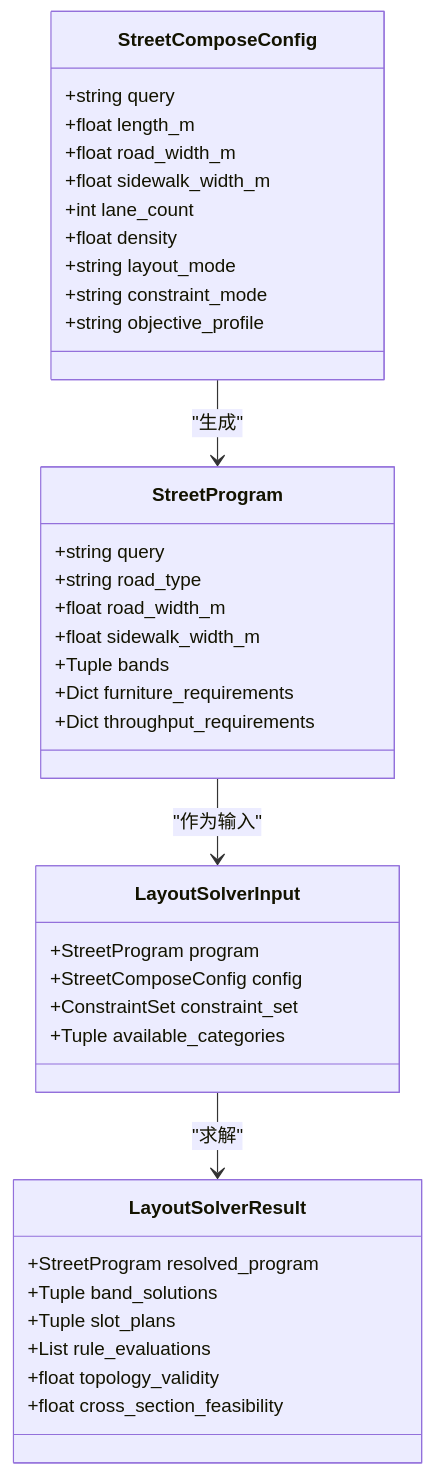
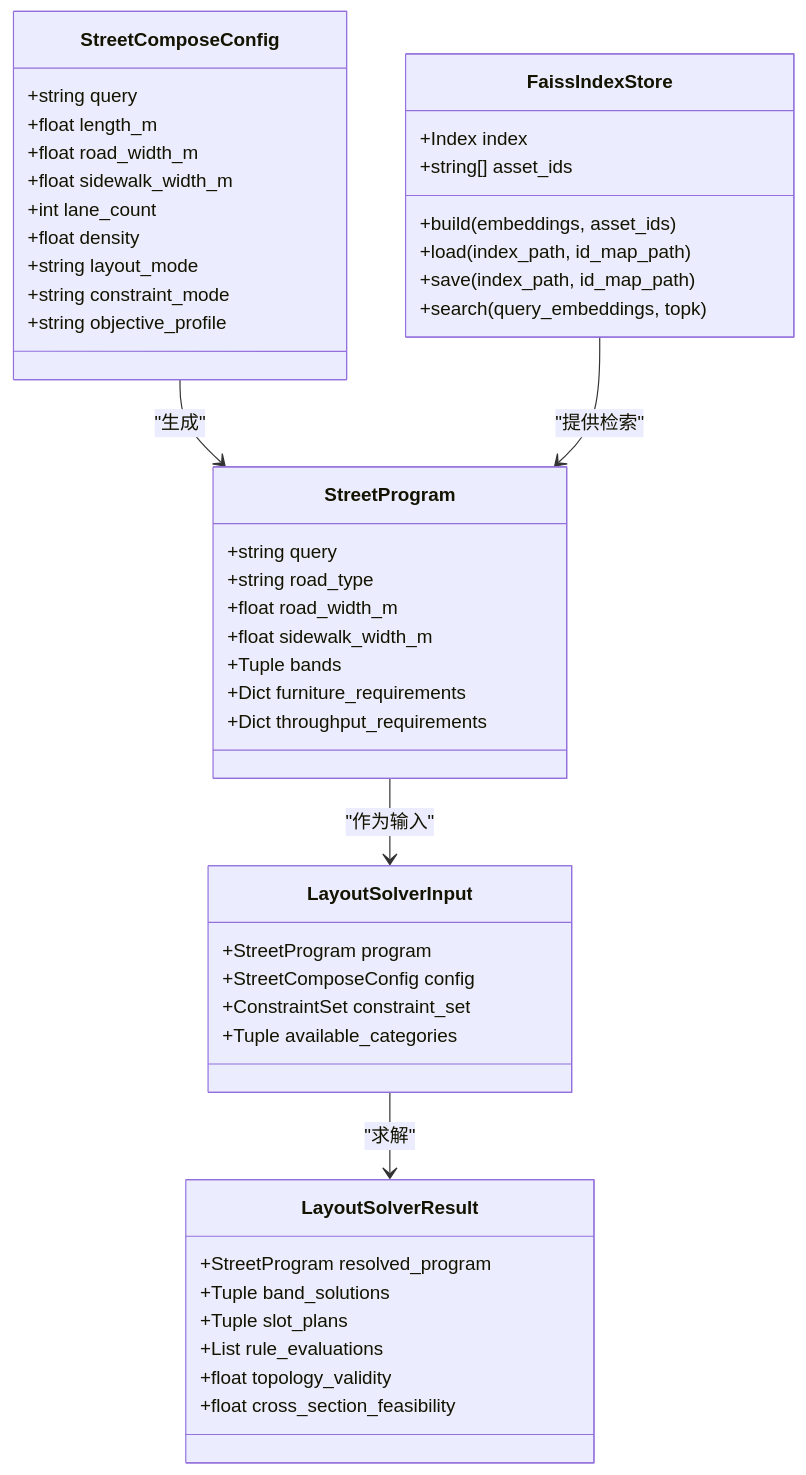
Before and after one commit to wsqstar/RoadGen3D: the third of 10 diagrams in .qoder/repowiki/zh/content/Street Layout Processing.md, drawn with Mermaid. The commit also changed other lines of this file and 4 other files, not shown here.

````diff
--- a/.qoder/repowiki/zh/content/Street Layout Processing.md
+++ b/.qoder/repowiki/zh/content/Street Layout Processing.md
@@ -158,40 +178,49 @@
 ```mermaid
 classDiagram
 class StreetComposeConfig {
 +string query
 +float length_m
 +float road_width_m
 +float sidewalk_width_m
 +int lane_count
 +float density
 +string layout_mode
 +string constraint_mode
 +string objective_profile
 }
 class StreetProgram {
 +string query
 +string road_type
 +float road_width_m
 +float sidewalk_width_m
 +Tuple bands
 +Dict furniture_requirements
 +Dict throughput_requirements
 }
 class LayoutSolverInput {
 +StreetProgram program
 +StreetComposeConfig config
 +ConstraintSet constraint_set
 +Tuple available_categories
 }
 class LayoutSolverResult {
 +StreetProgram resolved_program
 +Tuple band_solutions
 +Tuple slot_plans
 +List rule_evaluations
 +float topology_validity
 +float cross_section_feasibility
 }
+class FaissIndexStore {
++Index index
++string[] asset_ids
++build(embeddings, asset_ids)
++load(index_path, id_map_path)
++save(index_path, id_map_path)
++search(query_embeddings, topk)
+}
 StreetComposeConfig --> StreetProgram : "生成"
 StreetProgram --> LayoutSolverInput : "作为输入"
 LayoutSolverInput --> LayoutSolverResult : "求解"
+FaissIndexStore --> StreetProgram : "提供检索"
 ```
````
